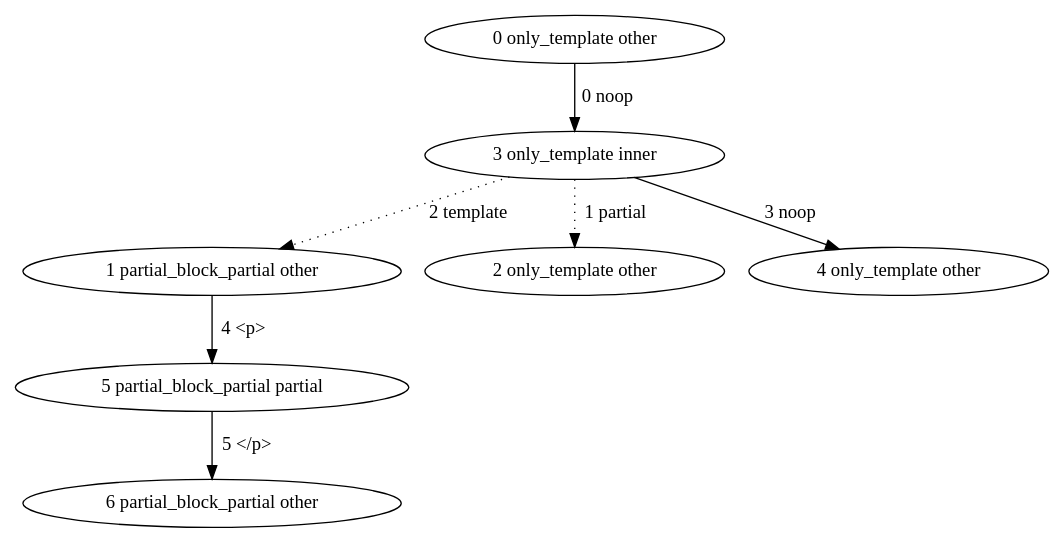
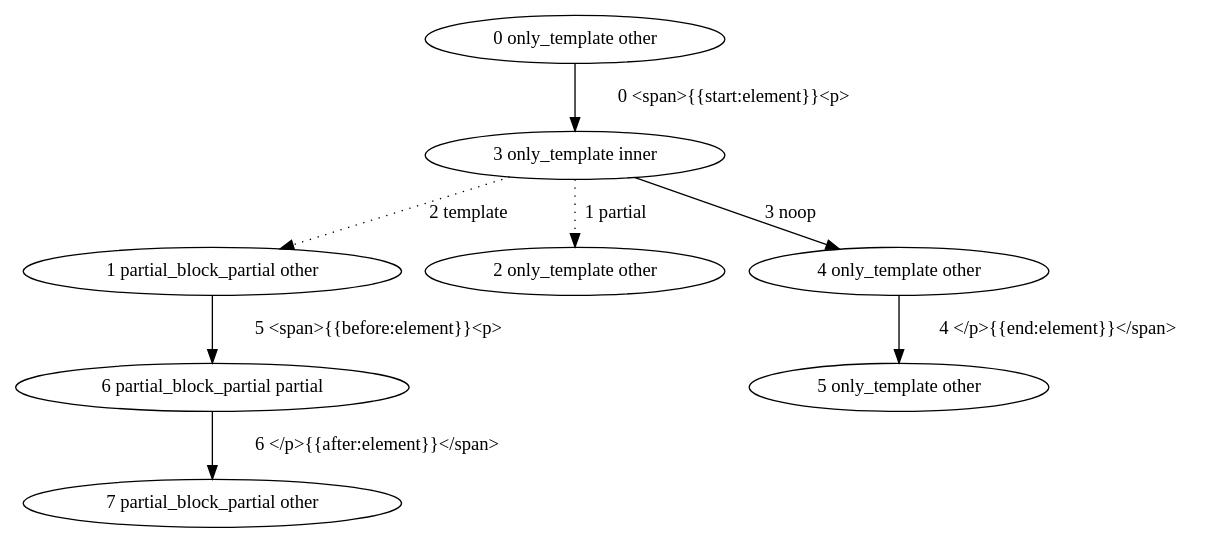
One commit to mohe2015/zero-cost-templating changed the diagram in zero-cost-templating/only_template,partial_block_partial.dot. Above: the diagram before and after it, drawn with Graphviz. The commit also changed 9 other files, not shown here.

```diff
--- a/zero-cost-templating/only_template,partial_block_partial.dot
+++ b/zero-cost-templating/only_template,partial_block_partial.dot
@@ -1,15 +1,17 @@
 digraph {
     0 [ label = "0 only_template other"]
     1 [ label = "1 partial_block_partial other"]
     2 [ label = "2 only_template other"]
     3 [ label = "3 only_template inner"]
     4 [ label = "4 only_template other"]
-    5 [ label = "5 partial_block_partial partial"]
-    6 [ label = "6 partial_block_partial other"]
-    0 -> 3 [ label = "0 noop"]
+    5 [ label = "5 only_template other"]
+    6 [ label = "6 partial_block_partial partial"]
+    7 [ label = "7 partial_block_partial other"]
+    0 -> 3 [ label = "0 <span>{{start:element}}<p>"]
     3 -> 2 [ label = "1 partial" style = dotted]
     3 -> 1 [ label = "2 template" style = dotted]
     3 -> 4 [ label = "3 noop"]
-    1 -> 5 [ label = "4 <p>"]
-    5 -> 6 [ label = "5 </p>"]
+    4 -> 5 [ label = "4 </p>{{end:element}}</span>"]
+    1 -> 6 [ label = "5 <span>{{before:element}}<p>"]
+    6 -> 7 [ label = "6 </p>{{after:element}}</span>"]
 }
```
